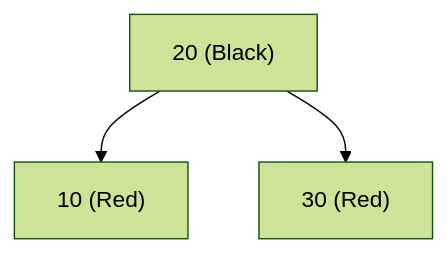
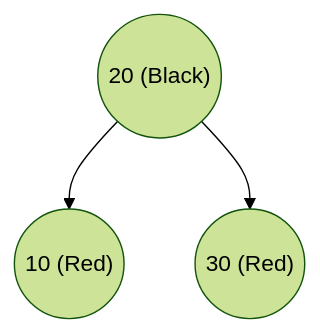
One commit to imdeepmind/imdeepmind.github.io changed the fourth of 31 diagrams in docs/data-structure-and-algorithms/data-structures/tree/search-tree/self-balancing-bst/red-black.md. Above: the diagram before and after it, drawn with Mermaid (forest theme). The commit also changed other lines of this file, not shown here.

Commit message:
docs(tree): IMDEEPMIND-32: added docs for red black tree

````diff
--- a/docs/data-structure-and-algorithms/data-structures/tree/search-tree/self-balancing-bst/red-black.md
+++ b/docs/data-structure-and-algorithms/data-structures/tree/search-tree/self-balancing-bst/red-black.md
@@ -91,6 +93,6 @@
 ```mermaid
 graph TD
-    A["20 (Black)"]
-    A --> B["10 (Red)"]
-    A --> C["30 (Red)"]
+    A(("20 (Black)"))
+    A --> B(("10 (Red)"))
+    A --> C(("30 (Red)"))
 ```
````
